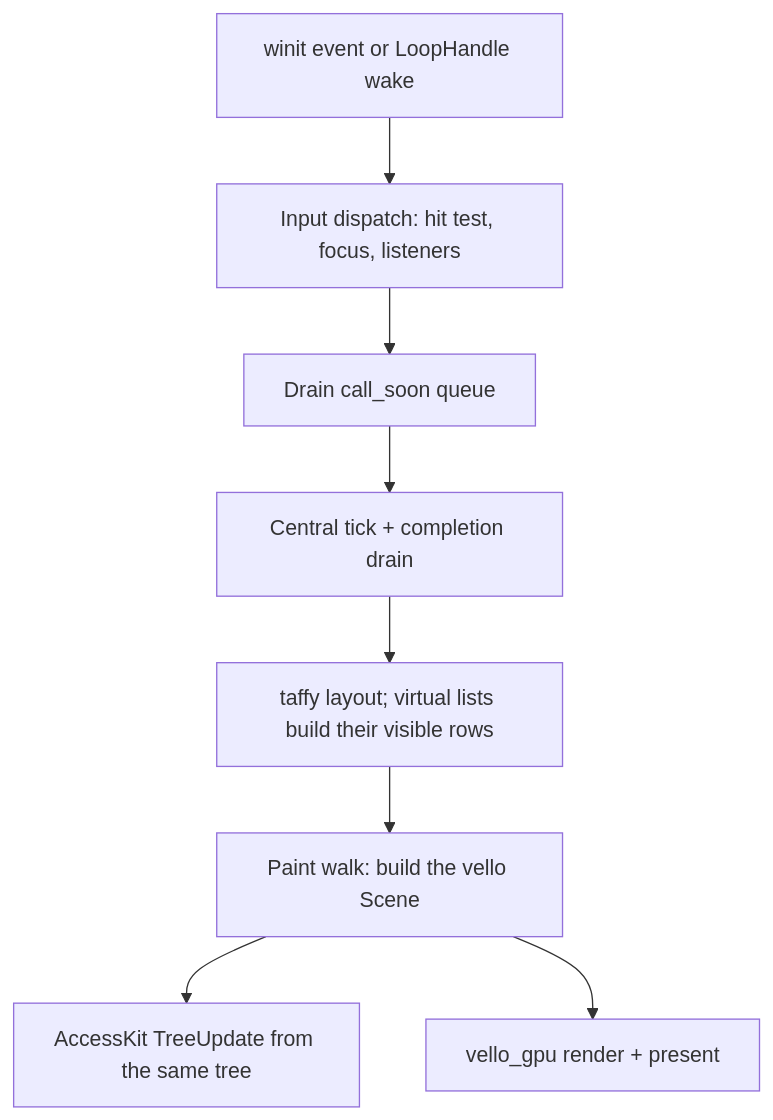
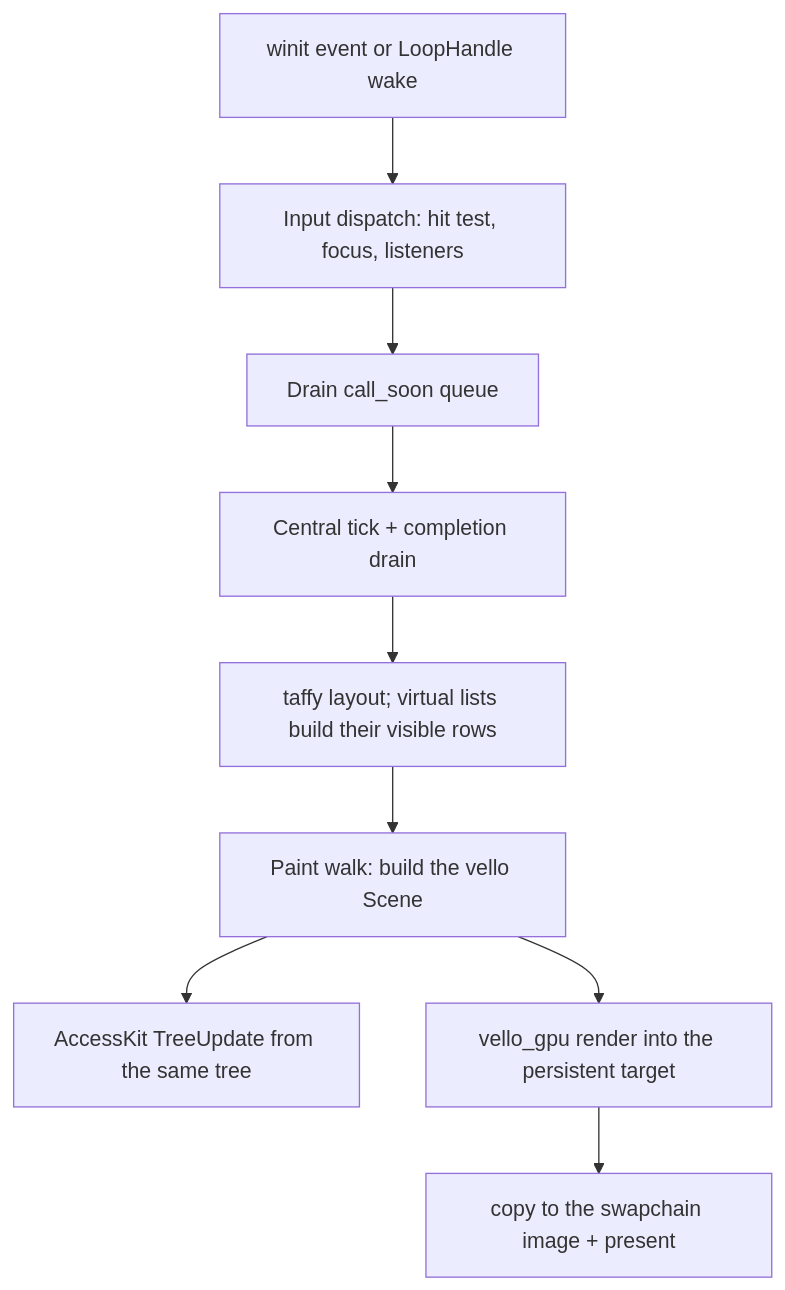
The second of 2 diagrams in ARCHITECTURE.md (mindderivative/tre), drawn with Mermaid before and after one commit. The commit also changed other lines of this file and 8 other files, not shown here.

First line of the commit message:
0.4.0 M3: render into a persistent target, copied to the swapchain image

````diff
--- a/ARCHITECTURE.md
+++ b/ARCHITECTURE.md
@@ -186,10 +186,11 @@
 ```mermaid
 flowchart TD
     EV[winit event or LoopHandle wake] --> IN[Input dispatch: hit test, focus, listeners]
     IN --> Q[Drain call_soon queue]
     Q --> TICK[Central tick + completion drain]
     TICK --> LAYOUT[taffy layout; virtual lists build their visible rows]
     LAYOUT --> PAINT[Paint walk: build the vello Scene]
     PAINT --> A11Y[AccessKit TreeUpdate from the same tree]
-    PAINT --> RENDER[vello_gpu render + present]
+    PAINT --> RENDER[vello_gpu render into the persistent target]
+    RENDER --> PRESENT[copy to the swapchain image + present]
 ```
````
